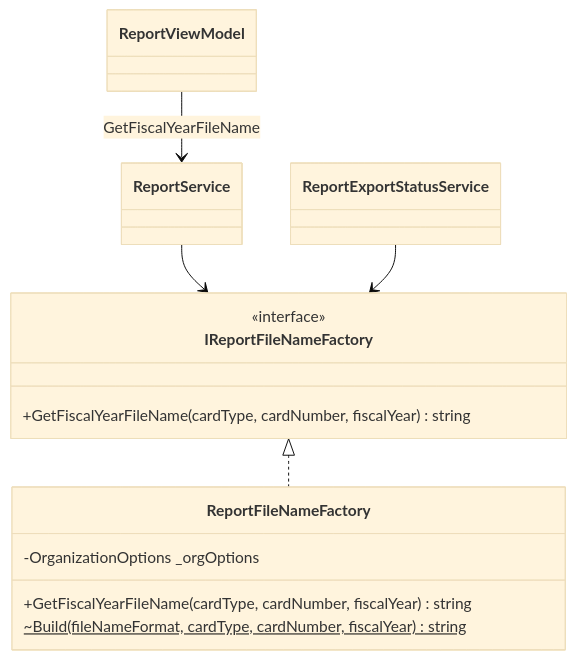
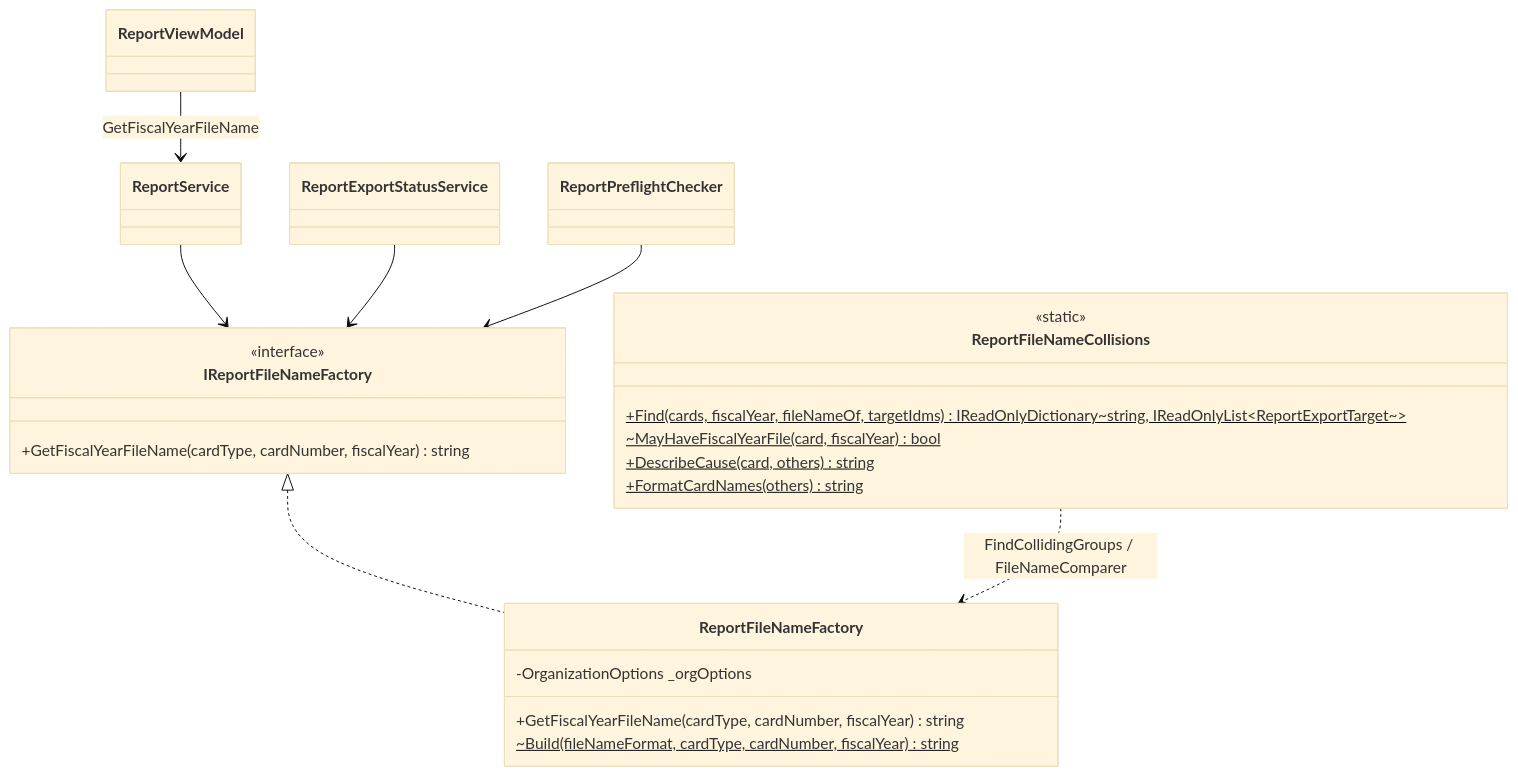
Before and after one commit to kuwayamamasayuki/ICCardManager: diagram 20 of 53 in ICCardManager/docs/design/05_クラス設計書.md, drawn with Mermaid (base theme). The commit also changed other lines of this file and 25 other files, not shown here.

````diff
--- a/ICCardManager/docs/design/05_クラス設計書.md
+++ b/ICCardManager/docs/design/05_クラス設計書.md
@@ -1757,18 +1757,28 @@
 ```mermaid
 classDiagram
     class IReportFileNameFactory {
         <<interface>>
         +GetFiscalYearFileName(cardType, cardNumber, fiscalYear) string
     }
 
     class ReportFileNameFactory {
         -OrganizationOptions _orgOptions
         +GetFiscalYearFileName(cardType, cardNumber, fiscalYear) string
         ~Build(fileNameFormat, cardType, cardNumber, fiscalYear)$ string
     }
 
     IReportFileNameFactory <|.. ReportFileNameFactory
     ReportService --> IReportFileNameFactory
     ReportExportStatusService --> IReportFileNameFactory
+    ReportPreflightChecker --> IReportFileNameFactory
     ReportViewModel --> ReportService : GetFiscalYearFileName
+
+    class ReportFileNameCollisions {
+        <<static>>
+        +Find(cards, fiscalYear, fileNameOf, targetIdms)$ IReadOnlyDictionary~string, IReadOnlyList~ReportExportTarget~~
+        ~MayHaveFiscalYearFile(card, fiscalYear)$ bool
+        +DescribeCause(card, others)$ string
+        +FormatCardNames(others)$ string
+    }
+    ReportFileNameCollisions ..> ReportFileNameFactory : FindCollidingGroups / FileNameComparer
 ```
````
